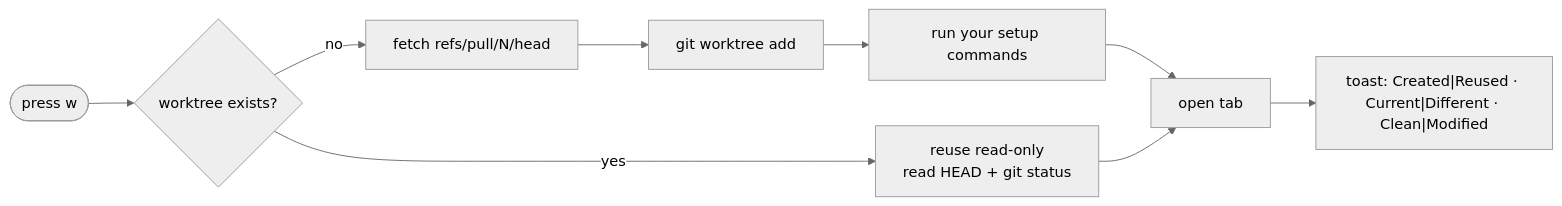
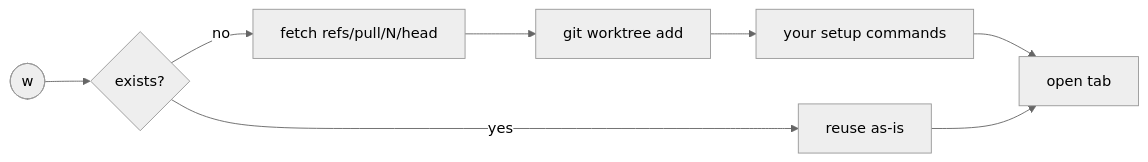
Before and after one commit to andyhite/tern-plotroom: the diagram in README.md, drawn with Mermaid (neutral theme). The commit also changed other lines of this file and 2 other files, not shown here.

First line of the commit message:
refactor(worktree): Moved PR worktrees to omp-managed directories

````diff
--- a/README.md
+++ b/README.md
@@ -204,7 +65,6 @@
 ```mermaid
 flowchart LR
-    W([press w]) --> E{worktree exists?}
-    E -- no --> F[fetch refs/pull/N/head] --> C[git worktree add] --> S[run your setup commands] --> T[open tab]
-    E -- yes --> R[reuse read-only<br/>read HEAD + git status] --> T
-    T --> B["toast: Created|Reused · Current|Different · Clean|Modified"]
+    W([w]) --> E{exists?}
+    E -- no --> F[fetch refs/pull/N/head] --> C[git worktree add] --> S[your setup commands] --> T[open tab]
+    E -- yes --> R[reuse as-is] --> T
 ```
````
